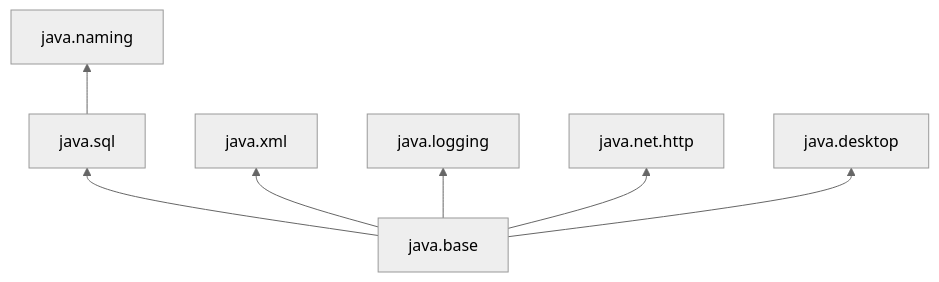
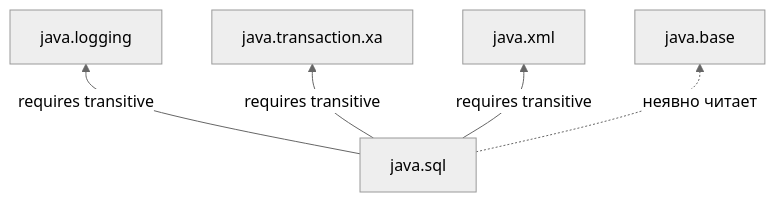
Before and after one commit to akeverus/cheat-sheet: the second of 7 diagrams in cheatsheets/interview/programming-languages/java/java-modules-interview.md, drawn with Mermaid (neutral theme). The commit also changed other lines of this file and 154 other files, not shown here.

````diff
--- a/cheatsheets/interview/programming-languages/java/java-modules-interview.md
+++ b/cheatsheets/interview/programming-languages/java/java-modules-interview.md
@@ -208,9 +200,7 @@
 ```mermaid
 graph BT
-    A[java.base] --> B[java.sql]
-    A --> C[java.xml]
-    A --> D[java.logging]
-    A --> E[java.net.http]
-    B --> F[java.naming]
-    A --> G[java.desktop]
+    SQL[java.sql] -->|requires transitive| LOG[java.logging]
+    SQL -->|requires transitive| XA[java.transaction.xa]
+    SQL -->|requires transitive| XML[java.xml]
+    SQL -.->|неявно читает| BASE[java.base]
 ```
````
